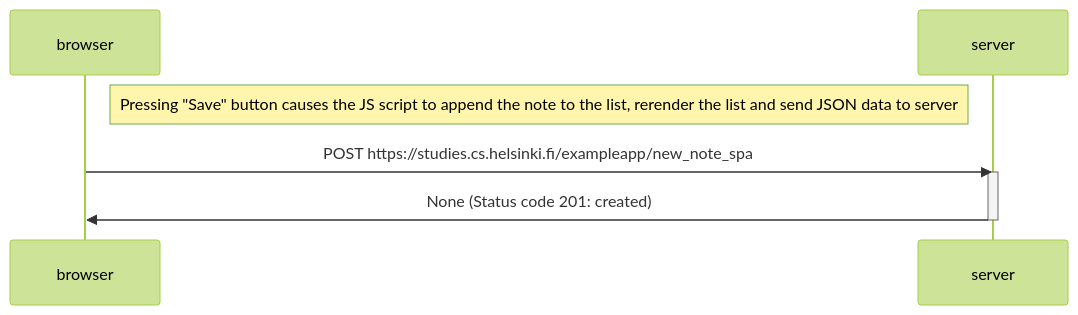
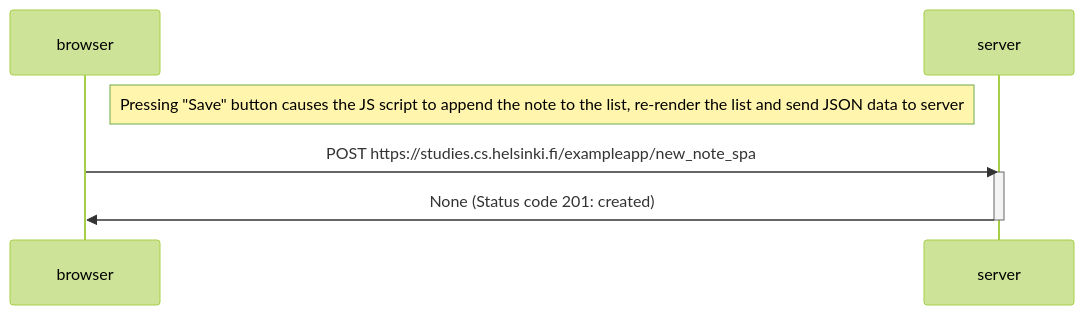
One commit to mpsilfve/fullstackopen changed the diagram in osa0/0_6.md. Above: the diagram before and after it, drawn with Mermaid (forest theme).

````diff
--- a/osa0/0_6.md
+++ b/osa0/0_6.md
@@ -1,13 +1,13 @@
 ```mermaid
    sequenceDiagram
     participant browser
     participant server
 
-    Note right of browser: Pressing "Save" button causes the JS script to append the note to the list, rerender the list and send JSON data to server
+    Note right of browser: Pressing "Save" button causes the JS script to append the note to the list, re-render the list and send JSON data to server
     
     browser->>server: POST https://studies.cs.helsinki.fi/exampleapp/new_note_spa
     activate server
     server->>browser: None (Status code 201: created)
     deactivate server
 
 ``` 
````
